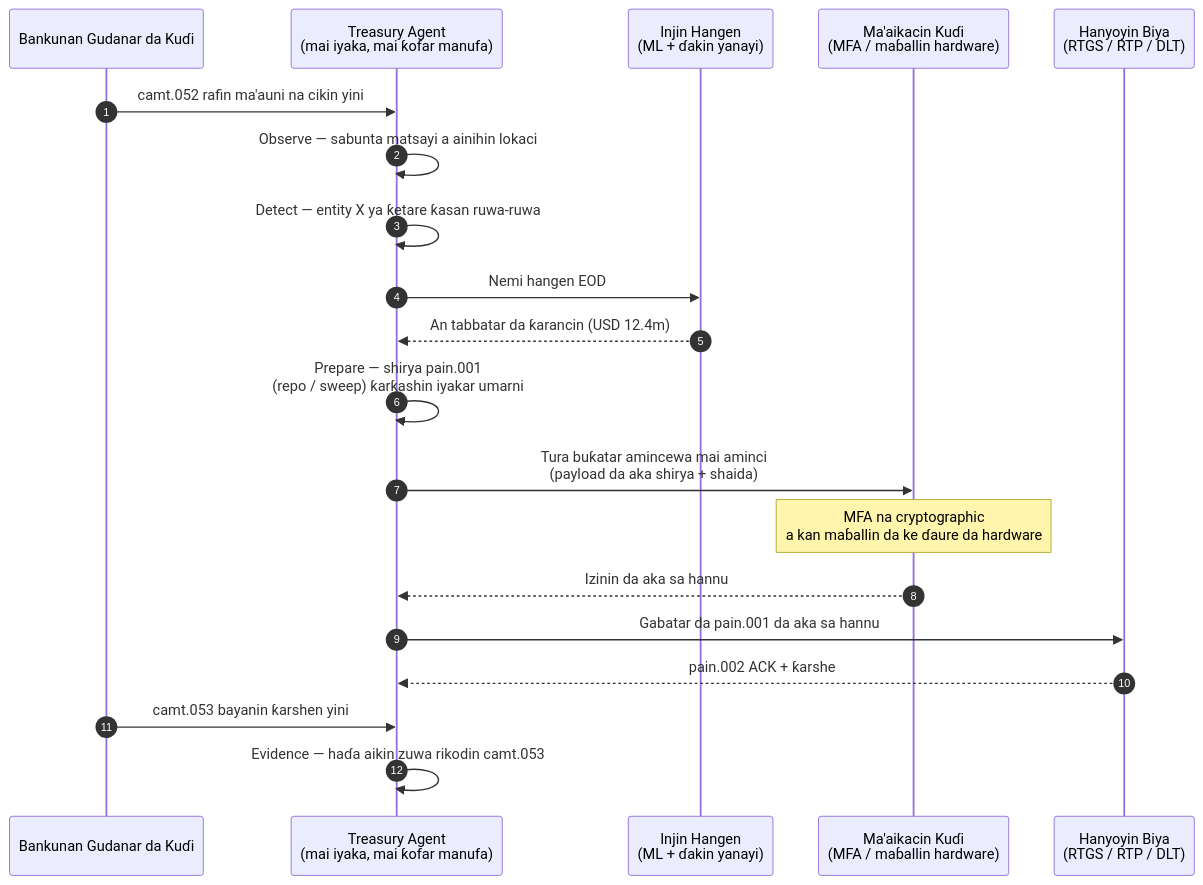
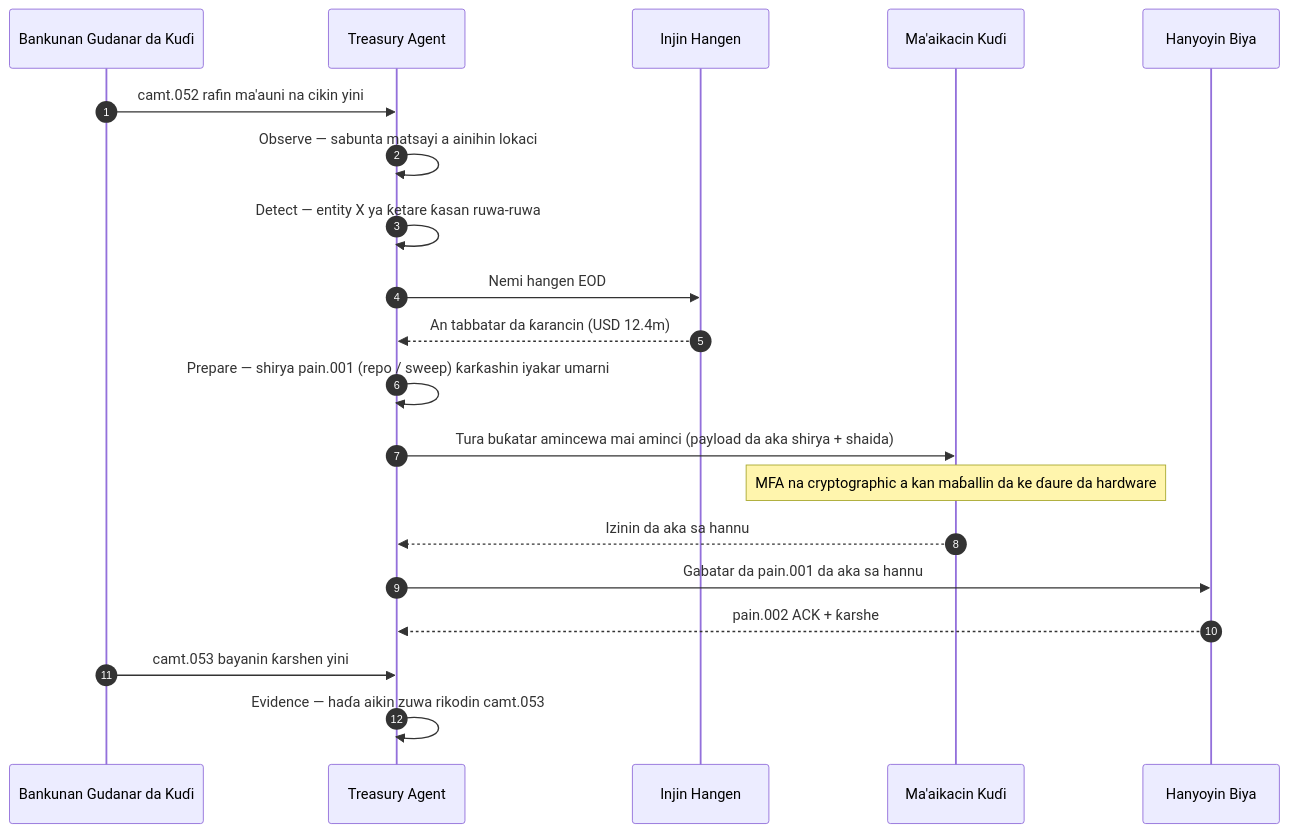
Before and after one commit to sebastienrousseau/sebastienrousseau.github.io: the diagram in _posts/ha/2026-06-07-autonomous-treasury-index-programmable-liquidity-tokenised-deposits-2026.md, drawn with Mermaid. The commit also changed 2231 other files, not shown here.

First line of the commit message:
fix(mermaid): unblock Mermaid v10 rendering end-to-end (#198)

````diff
--- a/_posts/ha/2026-06-07-autonomous-treasury-index-programmable-liquidity-tokenised-deposits-2026.md
+++ b/_posts/ha/2026-06-07-autonomous-treasury-index-programmable-liquidity-tokenised-deposits-2026.md
@@ -154,23 +154,22 @@
 ```mermaid
 sequenceDiagram
     autonumber
     participant Banks as Bankunan Gudanar da Kuɗi
-    participant Agent as Treasury Agent<br/>(mai iyaka, mai ƙofar manufa)
-    participant Forecast as Injin Hangen<br/>(ML + ɗakin yanayi)
-    participant Treasurer as Ma'aikacin Kuɗi<br/>(MFA / maɓallin hardware)
-    participant Rails as Hanyoyin Biya<br/>(RTGS / RTP / DLT)
-
+    participant Agent as Treasury Agent
+    participant Forecast as Injin Hangen
+    participant Treasurer as Ma'aikacin Kuɗi
+    participant Rails as Hanyoyin Biya
     Banks->>Agent: camt.052 rafin ma'auni na cikin yini
     Agent->>Agent: Observe — sabunta matsayi a ainihin lokaci
     Agent->>Agent: Detect — entity X ya ƙetare ƙasan ruwa-ruwa
     Agent->>Forecast: Nemi hangen EOD
     Forecast-->>Agent: An tabbatar da ƙarancin (USD 12.4m)
-    Agent->>Agent: Prepare — shirya pain.001<br/>(repo / sweep) ƙarƙashin iyakar umarni
-    Agent->>Treasurer: Tura buƙatar amincewa mai aminci<br/>(payload da aka shirya + shaida)
-    Note over Treasurer: MFA na cryptographic<br/>a kan maɓallin da ke ɗaure da hardware
+    Agent->>Agent: Prepare — shirya pain.001 (repo / sweep) ƙarƙashin iyakar umarni
+    Agent->>Treasurer: Tura buƙatar amincewa mai aminci (payload da aka shirya + shaida)
+    Note over Treasurer: MFA na cryptographic a kan maɓallin da ke ɗaure da hardware
     Treasurer-->>Agent: Izinin da aka sa hannu
     Agent->>Rails: Gabatar da pain.001 da aka sa hannu
     Rails-->>Agent: pain.002 ACK + ƙarshe
     Banks->>Agent: camt.053 bayanin ƙarshen yini
     Agent->>Agent: Evidence — haɗa aikin zuwa rikodin camt.053
 ```
````
